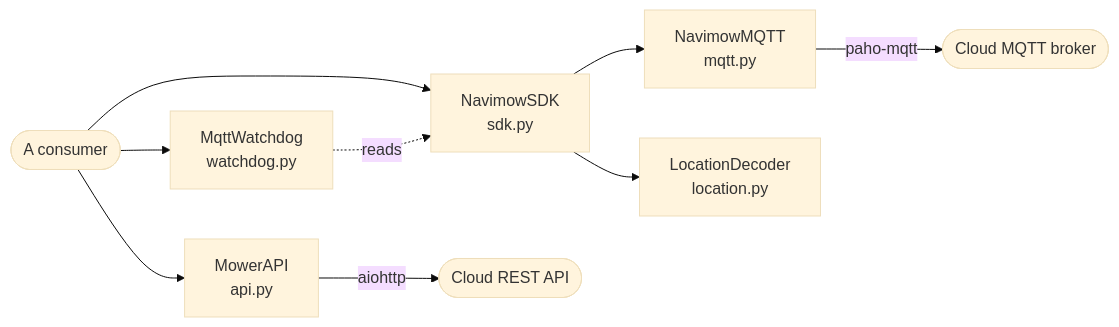
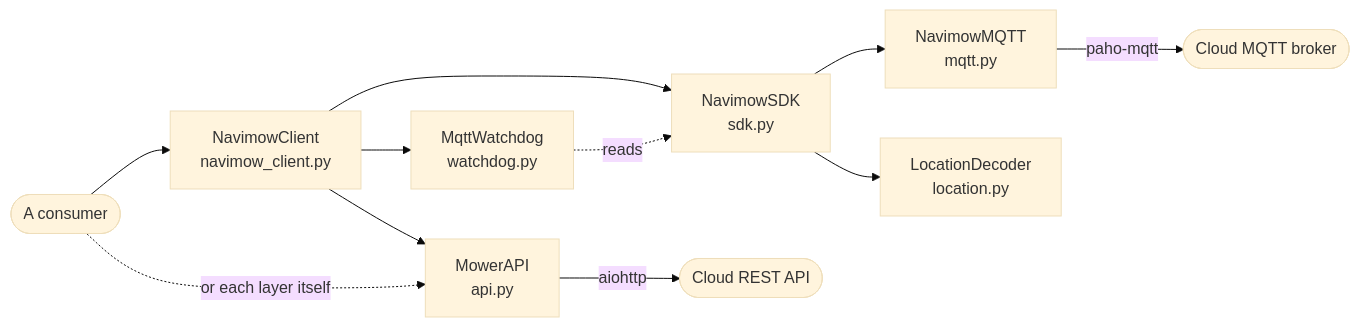
One commit to geordiekorper/navimow-sdk-community changed the first of 2 diagrams in docs/architecture.md. Above: the diagram before and after it, drawn with Mermaid (base theme). The commit also changed other lines of this file, not shown here.

````diff
--- a/docs/architecture.md
+++ b/docs/architecture.md
@@ -13,12 +13,14 @@
 ```mermaid
 flowchart LR
     consumer(["A consumer"])
-    consumer --> api["MowerAPI<br/>api.py"]
-    consumer --> sdk["NavimowSDK<br/>sdk.py"]
-    consumer --> dog["MqttWatchdog<br/>watchdog.py"]
+    consumer --> client["NavimowClient<br/>navimow_client.py"]
+    client --> api["MowerAPI<br/>api.py"]
+    client --> sdk["NavimowSDK<br/>sdk.py"]
+    client --> dog["MqttWatchdog<br/>watchdog.py"]
+    consumer -. or each layer itself .-> api
     dog -. reads .-> sdk
     sdk --> mqtt["NavimowMQTT<br/>mqtt.py"]
     sdk --> decoder["LocationDecoder<br/>location.py"]
     api -- aiohttp --> rest(["Cloud REST API"])
     mqtt -- "paho-mqtt" --> broker(["Cloud MQTT broker"])
 ```
````
